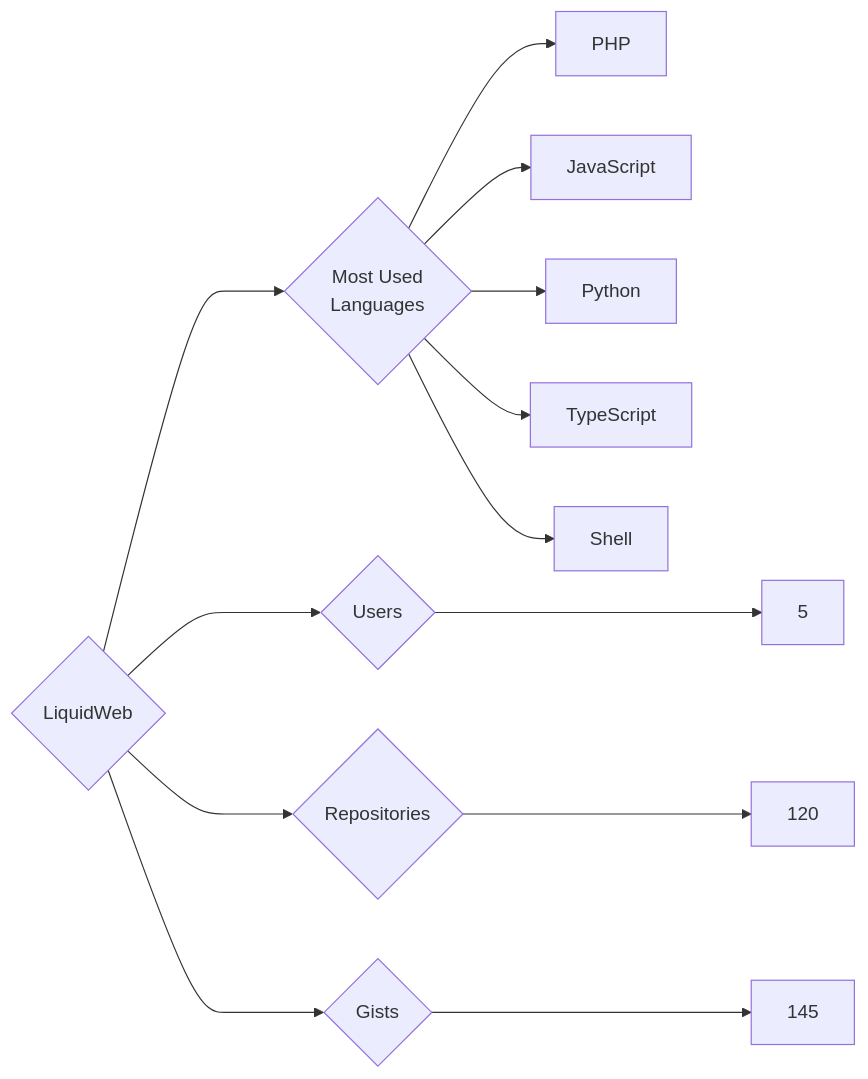
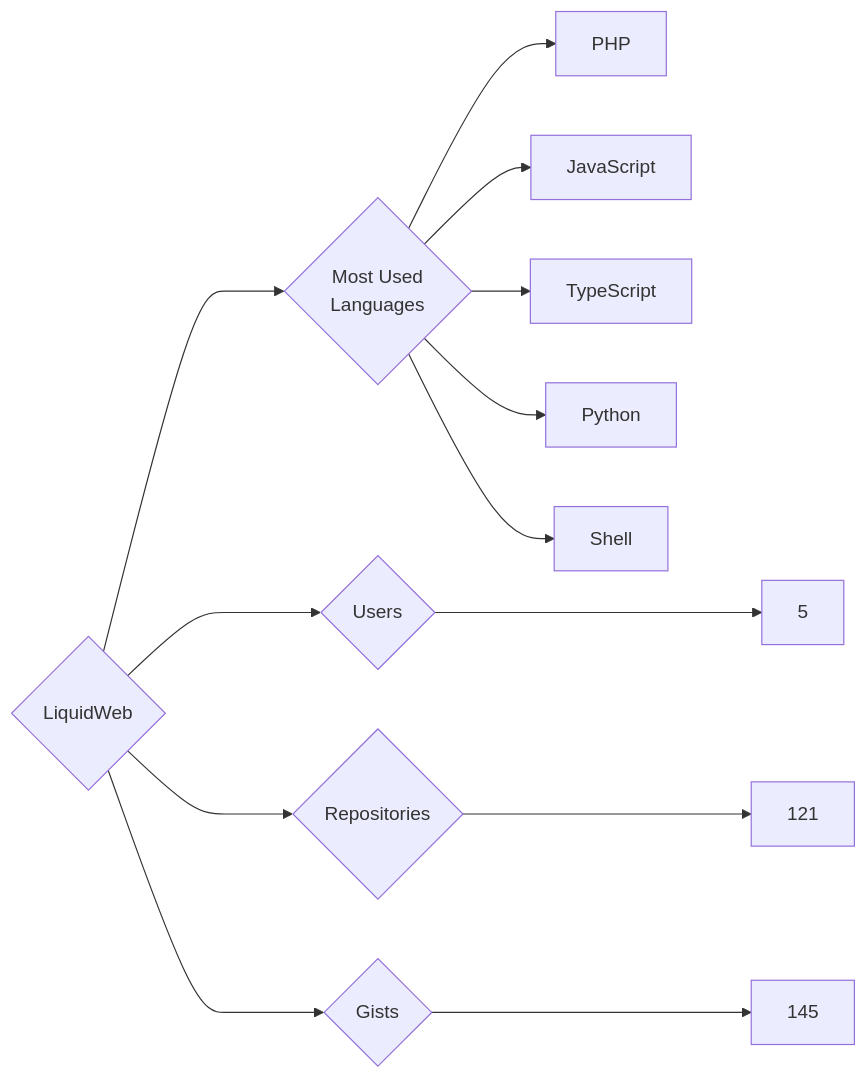
The diagram in targets/LiquidWeb/README.md (trickest/insiders), drawn with Mermaid before and after one commit. The commit also changed 757 other files, not shown here.

````diff
--- a/targets/LiquidWeb/README.md
+++ b/targets/LiquidWeb/README.md
@@ -3,13 +3,13 @@
 ```mermaid
 graph LR
 COMPANY_NAME{LiquidWeb}
 COMPANY_NAME ---> U{Users} ---> UN[5]
-COMPANY_NAME ---> R{Repositories} ---> RN[120]
+COMPANY_NAME ---> R{Repositories} ---> RN[121]
 COMPANY_NAME ---> G{Gists} ---> GN[145]
 COMPANY_NAME ---> ML{Most Used<br>Languages}
 ML --> PHP[PHP]
 ML --> JavaScript[JavaScript]
+ML --> TypeScript[TypeScript]
 ML --> Python[Python]
-ML --> TypeScript[TypeScript]
 ML --> Shell[Shell]
 ```
````
